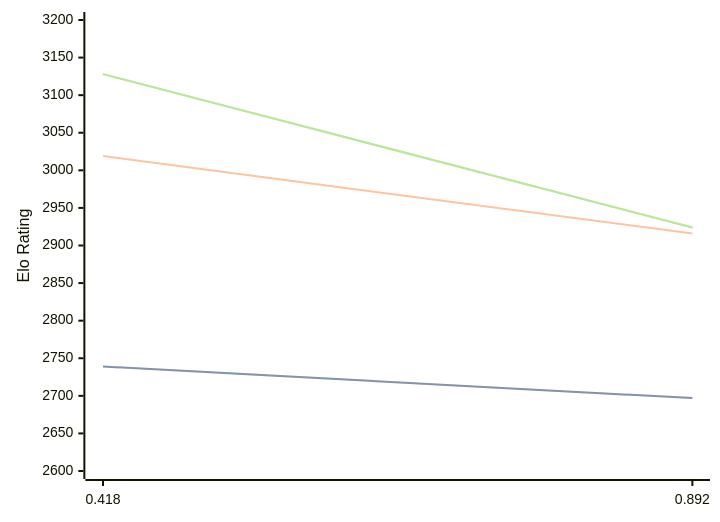
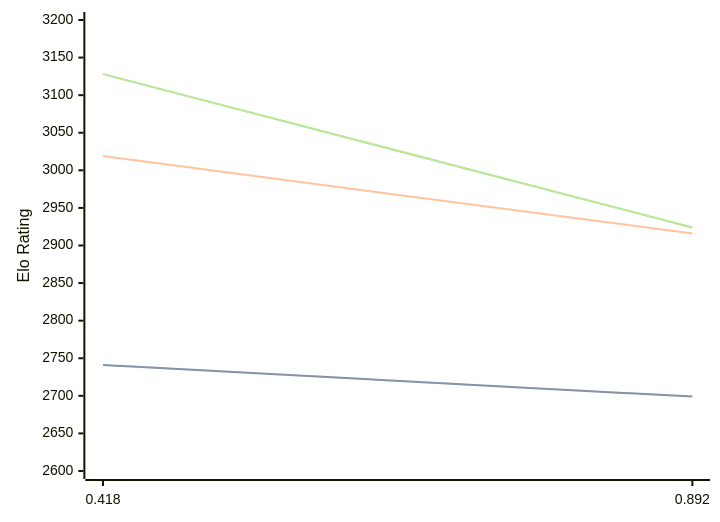
The diagram in engines/Malika.md (computer-chess-index/cci), drawn with Mermaid before and after one commit. The commit also changed other lines of this file, not shown here.

````diff
--- a/engines/Malika.md
+++ b/engines/Malika.md
@@ -34,11 +33,11 @@
 ```mermaid
 %%{init: {"theme":"base","themeVariables":{"seriesColors:['#a3a3a3','#222221','#faa371']}}}%%
 xychart-beta
   x-axis ["0.418", "0.892"]
   y-axis "Elo Rating" 2600 --> 3200
-  line "STC (8.0+0.08s)" [2739, 2697]
-  line "STC (8.0+0.08s)" [2739, 2697]
+  line "STC (8.0+0.08s)" [2741, 2699]
+  line "STC (8.0+0.08s)" [2741, 2699]
   line "LTC (60.0+0.60s)" [3019, 2916]
   line "VLTC (2m24s+1.12s)" [3128, 2924]
   line "VLTC (2m24s+1.12s)" [3128, 2924]
 ```
````
